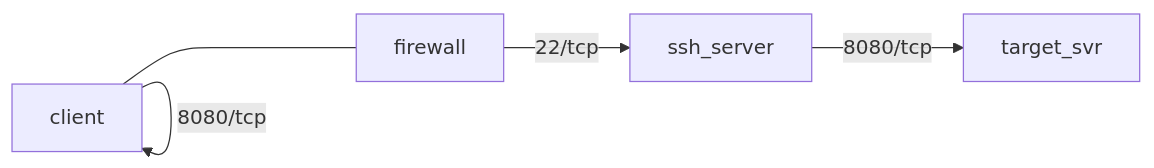
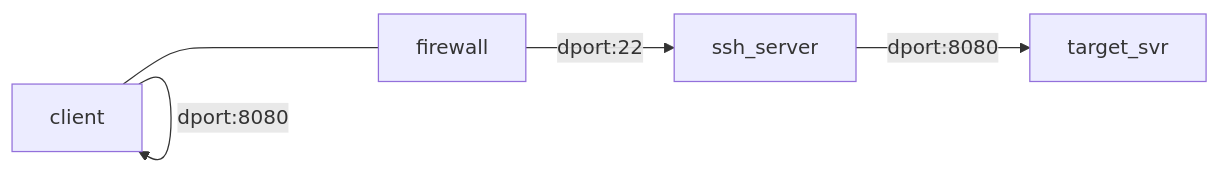
The third of 6 diagrams in markdown/diagrams.md (myseq/notes), drawn with Mermaid before and after one commit. The commit also changed other lines of this file, not shown here.

````diff
--- a/markdown/diagrams.md
+++ b/markdown/diagrams.md
@@ -18,7 +18,6 @@
 ```mermaid
 graph LR
-    A[client] -- 8080/tcp --> A[client]
-    A[client] ---- B[firewall] -- 22/tcp --> C[ssh_server]
-    C -- 8080/tcp --> D[target_svr]
-
+    A[client] --> |dport:8080| A
+    A ---- B[firewall] --> |dport:22| C[ssh_server]
+    C --> |dport:8080| D[target_svr]
 ```
````
